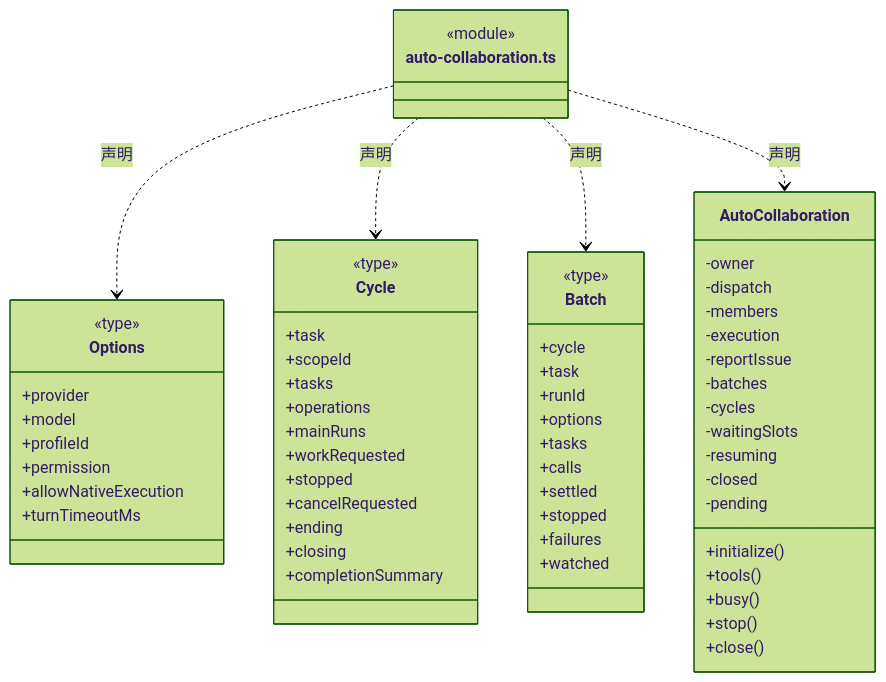
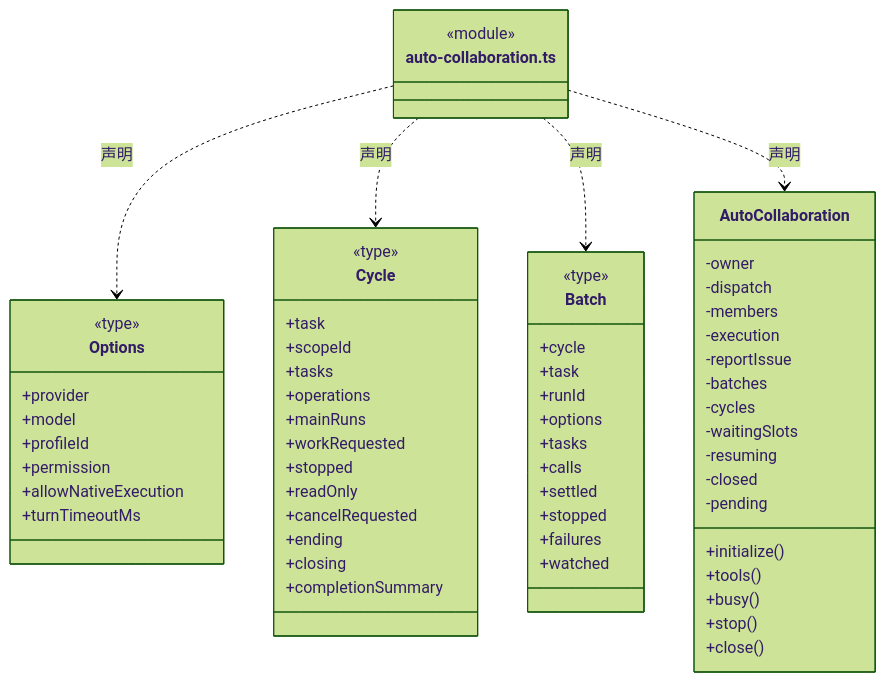
Before and after one commit to nan023062/cbim: the second of 36 diagrams in src/backend/scheduler-engine/execution/ARCHITECTURE.md, drawn with Mermaid (forest theme). The commit also changed other lines of this file and 65 other files, not shown here.

````diff
--- a/src/backend/scheduler-engine/execution/ARCHITECTURE.md
+++ b/src/backend/scheduler-engine/execution/ARCHITECTURE.md
@@ -46,64 +47,65 @@
 ```mermaid
 classDiagram
 class N_src_backend_scheduler_engine_execution_auto_collaboration_ts["auto-collaboration.ts"] {
   <<module>>
 }
 class N_src_backend_scheduler_engine_execution_auto_collaboration_ts_Options["Options"] {
   <<type>>
   +provider
   +model
   +profileId
   +permission
   +allowNativeExecution
   +turnTimeoutMs
 }
 N_src_backend_scheduler_engine_execution_auto_collaboration_ts ..> N_src_backend_scheduler_engine_execution_auto_collaboration_ts_Options : 声明
 class N_src_backend_scheduler_engine_execution_auto_collaboration_ts_Cycle["Cycle"] {
   <<type>>
   +task
   +scopeId
   +tasks
   +operations
   +mainRuns
   +workRequested
   +stopped
+  +readOnly
   +cancelRequested
   +ending
   +closing
   +completionSummary
 }
 N_src_backend_scheduler_engine_execution_auto_collaboration_ts ..> N_src_backend_scheduler_engine_execution_auto_collaboration_ts_Cycle : 声明
 class N_src_backend_scheduler_engine_execution_auto_collaboration_ts_Batch["Batch"] {
   <<type>>
   +cycle
   +task
   +runId
   +options
   +tasks
   +calls
   +settled
   +stopped
   +failures
   +watched
 }
 N_src_backend_scheduler_engine_execution_auto_collaboration_ts ..> N_src_backend_scheduler_engine_execution_auto_collaboration_ts_Batch : 声明
 class N_src_backend_scheduler_engine_execution_auto_collaboration_ts_AutoCollaboration["AutoCollaboration"] {
   +initialize()
   +tools()
   +busy()
   +stop()
   +close()
   -owner
   -dispatch
   -members
   -execution
   -reportIssue
   -batches
   -cycles
   -waitingSlots
   -resuming
   -closed
   -pending
 }
 N_src_backend_scheduler_engine_execution_auto_collaboration_ts ..> N_src_backend_scheduler_engine_execution_auto_collaboration_ts_AutoCollaboration : 声明
 ```
````
